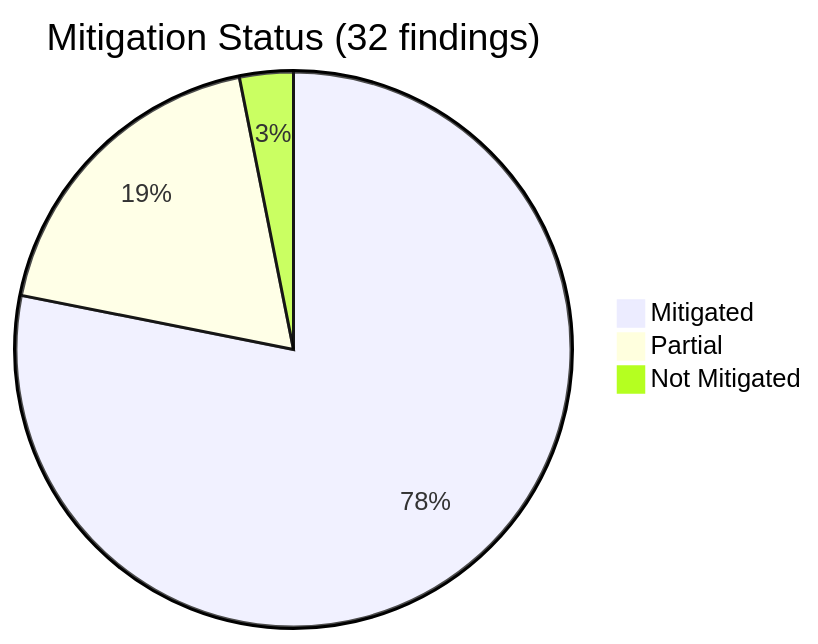
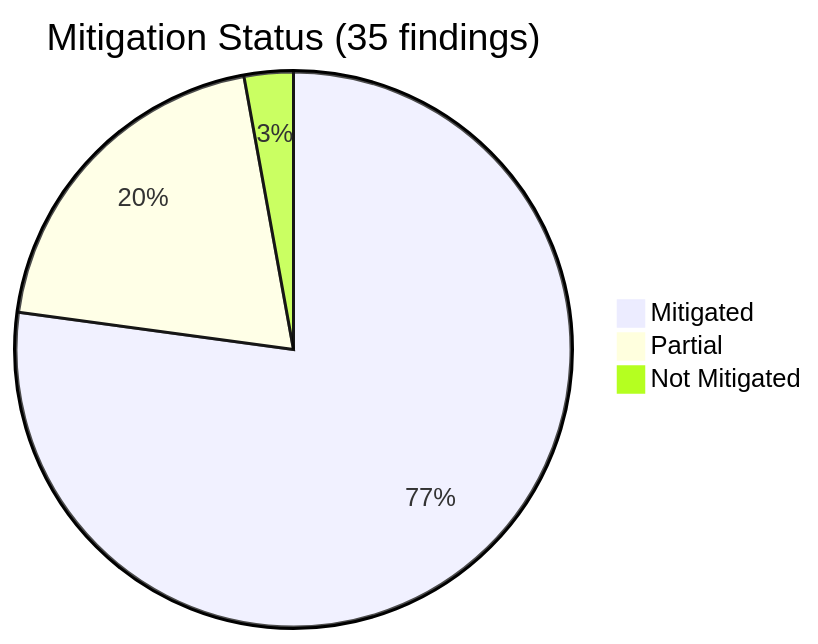
The third of 4 diagrams in docs/threatmodel/THREAT_MODEL.md (extensionchecker/extensionchecker-app), drawn with Mermaid before and after one commit. The commit also changed other lines of this file and 18 other files, not shown here.

````diff
--- a/docs/threatmodel/THREAT_MODEL.md
+++ b/docs/threatmodel/THREAT_MODEL.md
@@ -203,6 +206,6 @@
 ```mermaid
-pie title Mitigation Status (32 findings)
-    "Mitigated" : 25
-    "Partial" : 6
+pie title Mitigation Status (35 findings)
+    "Mitigated" : 27
+    "Partial" : 7
     "Not Mitigated" : 1
 ```
````
